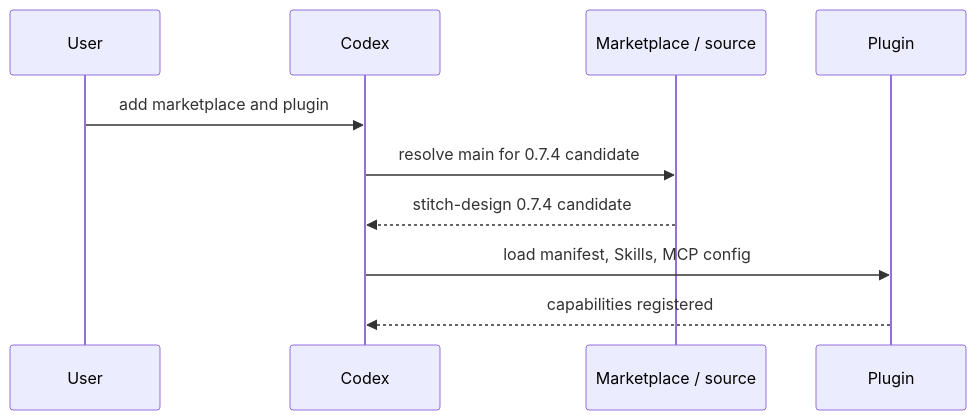
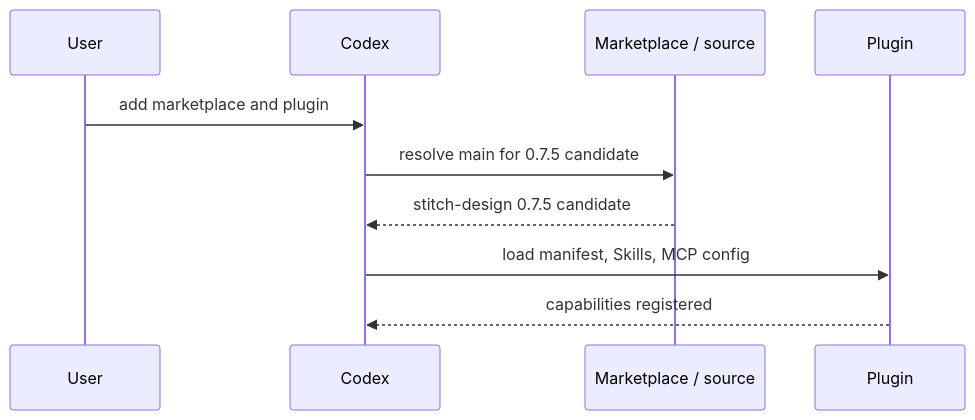
The seventh of 11 diagrams in docs/Stitch-Design-Architecture.md (full-stack-plugins/stitch-design-plugin), drawn with Mermaid before and after one commit. The commit also changed other lines of this file and 23 other files, not shown here.

````diff
--- a/docs/Stitch-Design-Architecture.md
+++ b/docs/Stitch-Design-Architecture.md
@@ -175,12 +175,12 @@
 ```mermaid
 sequenceDiagram
     participant U as User
     participant C as Codex
     participant M as Marketplace / source
     participant P as Plugin
     U->>C: add marketplace and plugin
-    C->>M: resolve main for 0.7.4 candidate
-    M-->>C: stitch-design 0.7.4 candidate
+    C->>M: resolve main for 0.7.5 candidate
+    M-->>C: stitch-design 0.7.5 candidate
     C->>P: load manifest, Skills, MCP config
     P-->>C: capabilities registered
 ```
````
